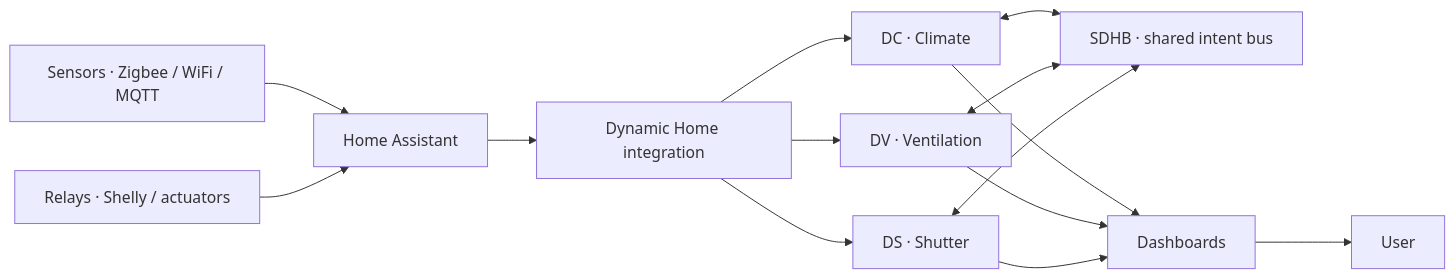
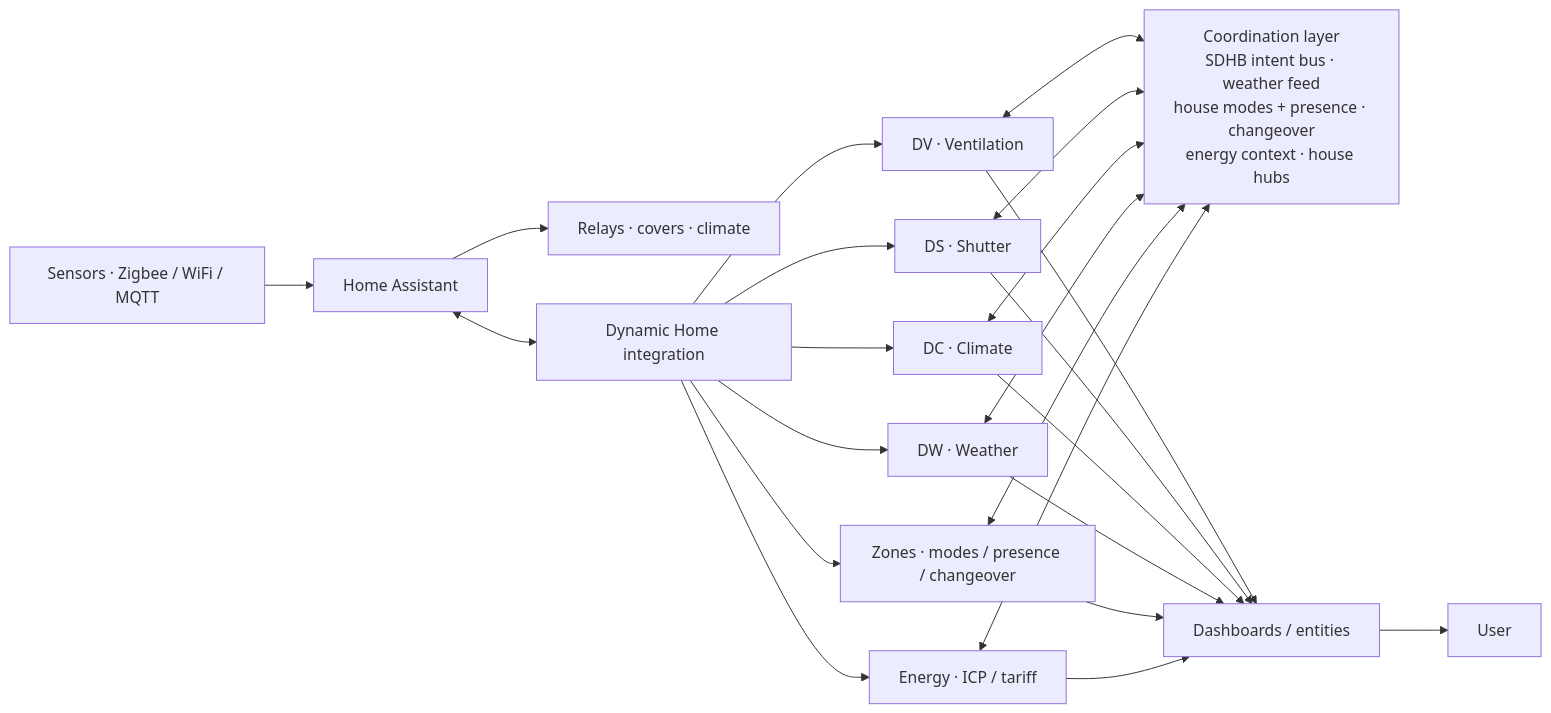
Before and after one commit to woody-box/Dynamic-Home: the diagram in README.md, drawn with Mermaid. The commit also changed other lines of this file and 2 other files, not shown here.

Commit message:
docs: diagrama de arquitectura actualizado + fix de test flaky de presencia (#139)
* docs: actualizar el diagrama de arquitectura del README (6 módulos + coordinación)

El diagrama estaba desfasado (solo DC/DV/DS + bus). Ahora refleja los 6 módulos
(añade DW/Tiempo, Zonas y Energía) y la capa de coordinación real (bus SDHB,
datos de tiempo, modos+presencia, changeover, contexto de energía, hubs de casa),
y corrige que los relés son salida de HA, no entrada. Actualizado es/en.

Claude-Session: https://claude.ai/code/session_01HjFYRJN939VaxK75qjLgoW

* test: hacer determinista test_presence_auto_respects_manual_home (flaky nocturno)

Desactiva la ventana de sueño en el test (como el resto de tests de presencia)
para que no dependa de la hora del reloj — fallaba en CI entre 23:00 y 07:00 UTC
porque la ocupación se resolvía como "sleep" en vez de "home".

Claude-Session: https://claude.ai/code/session_01HjFYRJN939VaxK75qjLgoW

---------

````diff
--- a/README.md
+++ b/README.md
@@ -118,16 +118,30 @@
 ```mermaid
 flowchart LR
-    A[Sensors · Zigbee / WiFi / MQTT] --> B[Home Assistant]
-    C[Relays · Shelly / actuators] --> B
-    B --> D[Dynamic Home integration]
-    D --> DC[DC · Climate]
-    D --> DV[DV · Ventilation]
-    D --> DS[DS · Shutter]
-    DC <--> SDHB[SDHB · shared intent bus]
-    DV <--> SDHB
-    DS <--> SDHB
-    DC --> HMI[Dashboards]
-    DV --> HMI
+    S[Sensors · Zigbee / WiFi / MQTT] --> HA[Home Assistant]
+    HA --> R[Relays · covers · climate]
+    HA <--> INT[Dynamic Home integration]
+
+    CO[Coordination layer<br/>SDHB intent bus · weather feed<br/>house modes + presence · changeover<br/>energy context · house hubs]
+
+    INT --> DV[DV · Ventilation]
+    INT --> DS[DS · Shutter]
+    INT --> DC[DC · Climate]
+    INT --> DW[DW · Weather]
+    INT --> ZN[Zones · modes / presence / changeover]
+    INT --> EN[Energy · ICP / tariff]
+
+    DV <--> CO
+    DS <--> CO
+    DC <--> CO
+    DW <--> CO
+    ZN <--> CO
+    EN <--> CO
+
+    DV --> HMI[Dashboards / entities]
     DS --> HMI
+    DC --> HMI
+    DW --> HMI
+    ZN --> HMI
+    EN --> HMI
     HMI --> U[User]
 ```
````
